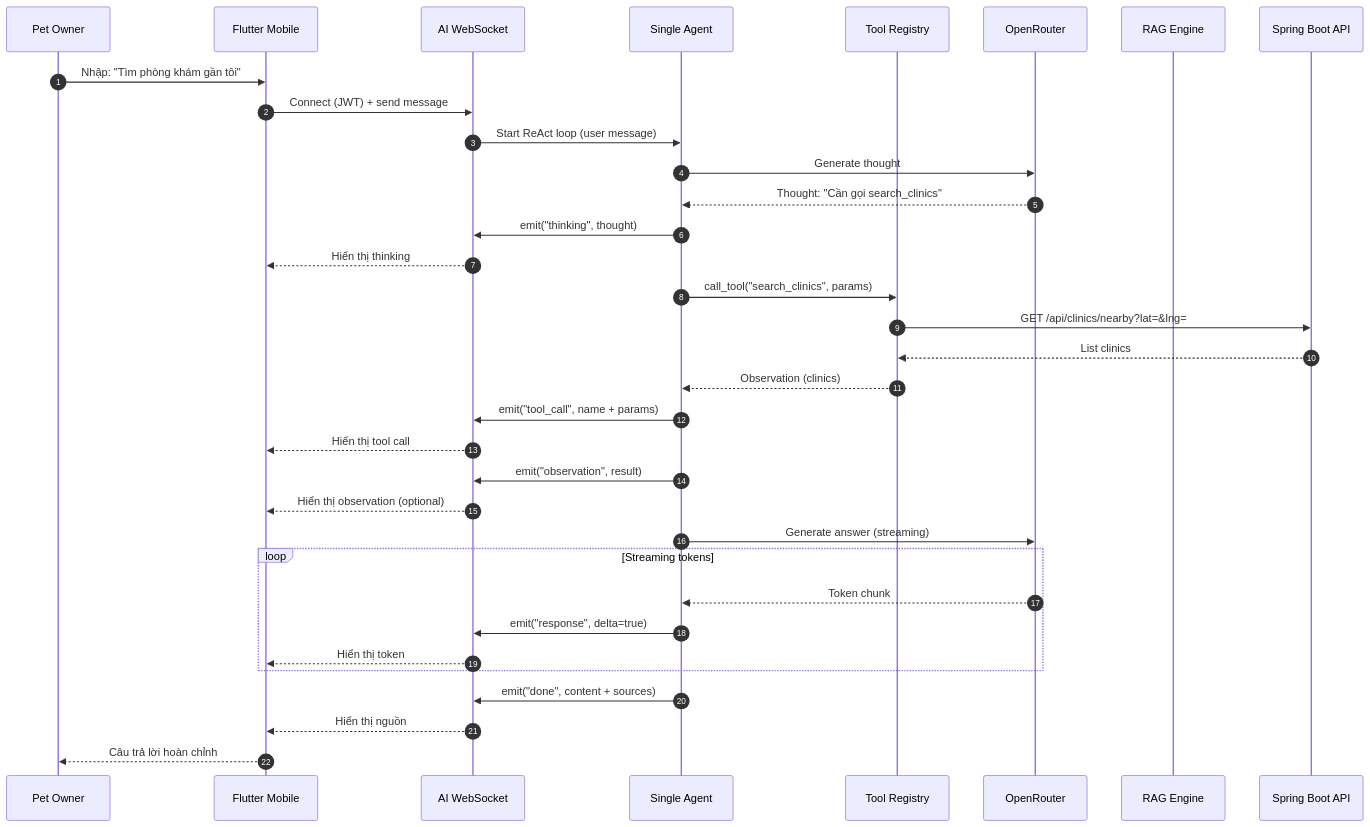
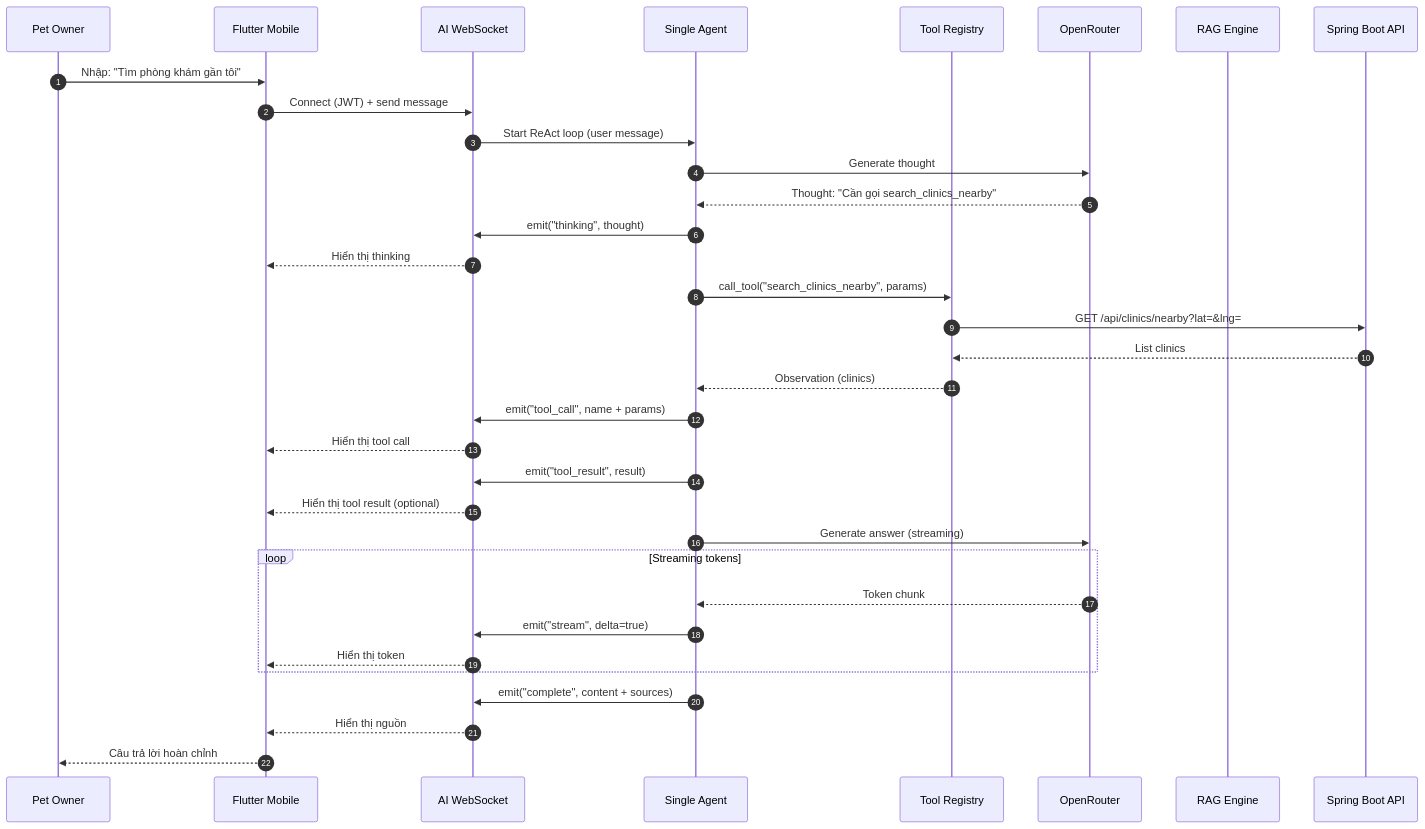
One commit to espresso23/Petties-Veterinary-Appointment-Booking-Platform changed the sixth of 11 diagrams in docs-references/documentation/AI_SERVICE_TECHNICAL_SPECIFICATION.md. Above: the diagram before and after it, drawn with Mermaid. The commit also changed other lines of this file and 108 other files, not shown here.

First line of the commit message:
feat(ai): add business chat booking flow and sync platform docs

````diff
--- a/docs-references/documentation/AI_SERVICE_TECHNICAL_SPECIFICATION.md
+++ b/docs-references/documentation/AI_SERVICE_TECHNICAL_SPECIFICATION.md
@@ -383,40 +432,40 @@
 ```mermaid
 sequenceDiagram
     autonumber
     participant User as Pet Owner
     participant Mobile as Flutter Mobile
     participant WS as AI WebSocket
     participant Agent as Single Agent
     participant Tools as Tool Registry
     participant LLM as OpenRouter
     participant RAG as RAG Engine
     participant Backend as Spring Boot API
 
     User->>Mobile: Nhập: "Tìm phòng khám gần tôi"
     Mobile->>WS: Connect (JWT) + send message
     WS->>Agent: Start ReAct loop (user message)
 
     Agent->>LLM: Generate thought
-    LLM-->>Agent: Thought: "Cần gọi search_clinics"
+    LLM-->>Agent: Thought: "Cần gọi search_clinics_nearby"
     Agent->>WS: emit("thinking", thought)
     WS-->>Mobile: Hiển thị thinking
 
-    Agent->>Tools: call_tool("search_clinics", params)
+    Agent->>Tools: call_tool("search_clinics_nearby", params)
     Tools->>Backend: GET /api/clinics/nearby?lat=&lng=
     Backend-->>Tools: List clinics
     Tools-->>Agent: Observation (clinics)
     Agent->>WS: emit("tool_call", name + params)
     WS-->>Mobile: Hiển thị tool call
-    Agent->>WS: emit("observation", result)
-    WS-->>Mobile: Hiển thị observation (optional)
+    Agent->>WS: emit("tool_result", result)
+    WS-->>Mobile: Hiển thị tool result (optional)
 
     Agent->>LLM: Generate answer (streaming)
     loop Streaming tokens
         LLM-->>Agent: Token chunk
-        Agent->>WS: emit("response", delta=true)
+        Agent->>WS: emit("stream", delta=true)
         WS-->>Mobile: Hiển thị token
     end
-    Agent->>WS: emit("done", content + sources)
+    Agent->>WS: emit("complete", content + sources)
     WS-->>Mobile: Hiển thị nguồn
     Mobile-->>User: Câu trả lời hoàn chỉnh
 ```
````
